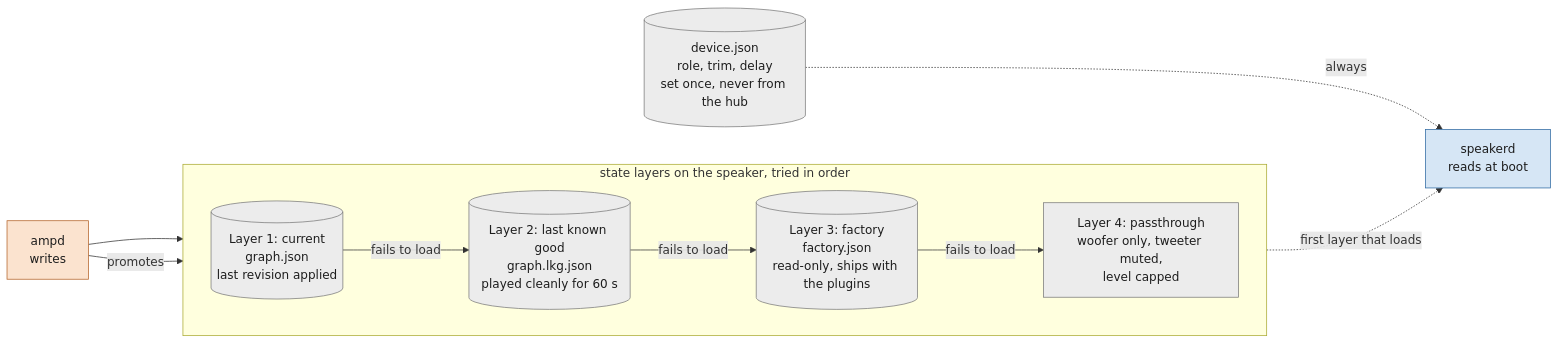
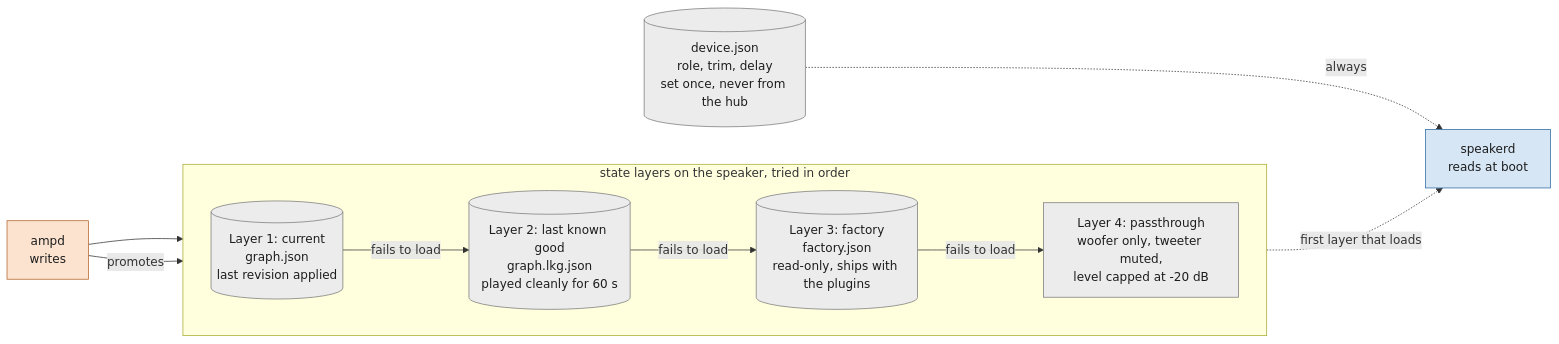
Before and after one commit to AMuszkat/bpi_amp_platform: the tenth of 12 diagrams in docs/remote-plugin-host.md, drawn with Mermaid. The commit also changed other lines of this file and 21 other files, not shown here.

````diff
--- a/docs/remote-plugin-host.md
+++ b/docs/remote-plugin-host.md
@@ -640,22 +673,22 @@
 ```mermaid
 flowchart LR
     classDef ctl fill:#fbe3cf,stroke:#b4642a,color:#1d1d1d
     classDef aud fill:#d6e6f5,stroke:#2f6aa3,color:#1d1d1d
     classDef sto fill:#ececec,stroke:#7a7a7a,color:#1d1d1d
 
     ampd["ampd<br/>writes"]:::ctl
     subgraph layers["state layers on the speaker, tried in order"]
         direction LR
         cur[("Layer 1: current<br/>graph.json<br/>last revision applied")]:::sto
         lkg[("Layer 2: last known good<br/>graph.lkg.json<br/>played cleanly for 60 s")]:::sto
         fac[("Layer 3: factory<br/>factory.json<br/>read-only, ships with the plugins")]:::sto
-        pass["Layer 4: passthrough<br/>woofer only, tweeter muted,<br/>level capped"]:::sto
+        pass["Layer 4: passthrough<br/>woofer only, tweeter muted,<br/>level capped at -20 dB"]:::sto
         cur -- "fails to load" --> lkg -- "fails to load" --> fac -- "fails to load" --> pass
     end
     dev[("device.json<br/>role, trim, delay<br/>set once, never from the hub")]:::sto
     sd["speakerd<br/>reads at boot"]:::aud
     ampd --> cur
     ampd -- "promotes" --> lkg
     layers -. "first layer that loads" .-> sd
     dev -. "always" .-> sd
 ```
````
